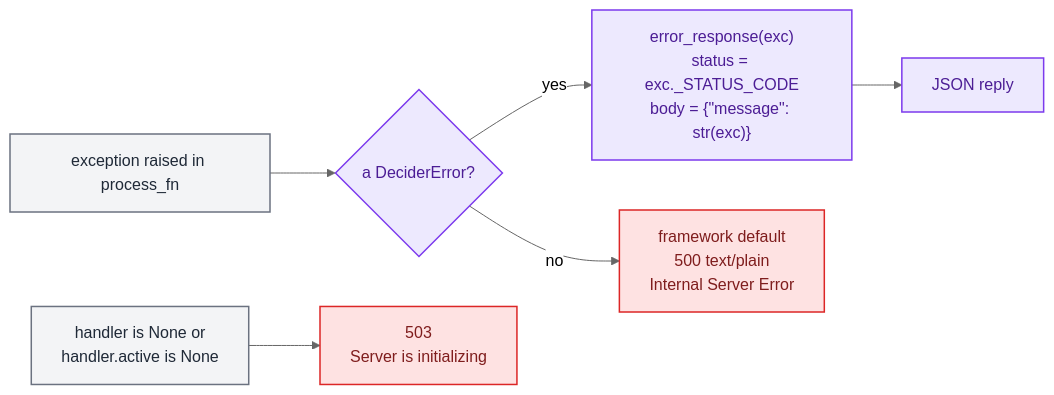
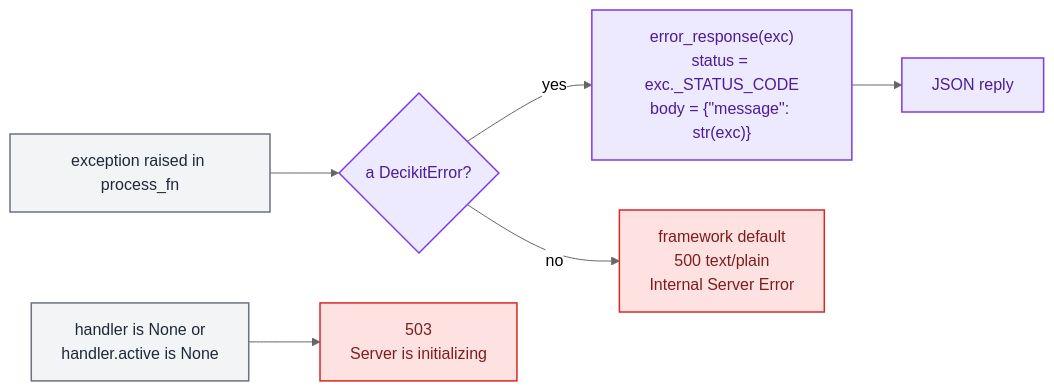
One commit to capitec/dsp-decision-engine changed the third of 4 diagrams in docs/architecture/serving.md. Above: the diagram before and after it, drawn with Mermaid (neutral theme). The commit also changed other lines of this file and 1292 other files, not shown here.

Commit message:
rename decider to decikit: package, CLI, DECIKIT_* settings, plugin, extension, docs prose says decider toolkit

````diff
--- a/docs/architecture/serving.md
+++ b/docs/architecture/serving.md
@@ -267,14 +267,14 @@
 ```mermaid
 flowchart LR
-    E["exception raised in process_fn"] --> Q{"a DeciderError?"}
+    E["exception raised in process_fn"] --> Q{"a DecikitError?"}
     Q -- yes --> S["error_response(exc)<br/>status = exc._STATUS_CODE<br/>body = {&quot;message&quot;: str(exc)}"]
     Q -- no --> U["framework default<br/>500 text/plain<br/>Internal Server Error"]
     S --> J["JSON reply"]
     R["handler is None or<br/>handler.active is None"] --> I["503<br/>Server is initializing"]
     classDef tooling fill:#ede9fe,stroke:#7c3aed,color:#4c1d95,stroke-width:1.5px;
     classDef error fill:#fee2e2,stroke:#dc2626,color:#7f1d1d,stroke-width:1.5px;
     classDef neutral fill:#f3f4f6,stroke:#6b7280,color:#1f2937,stroke-width:1.5px;
     class E,R neutral
     class Q,S,J tooling
     class U,I error
 ```
````
